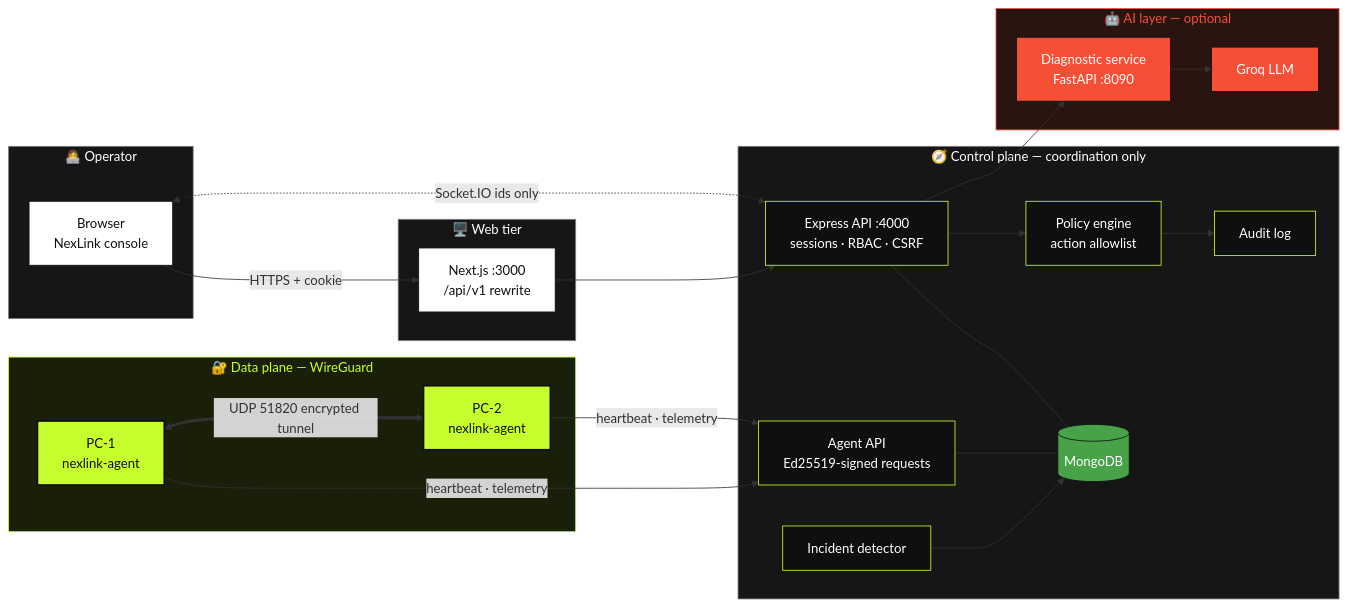
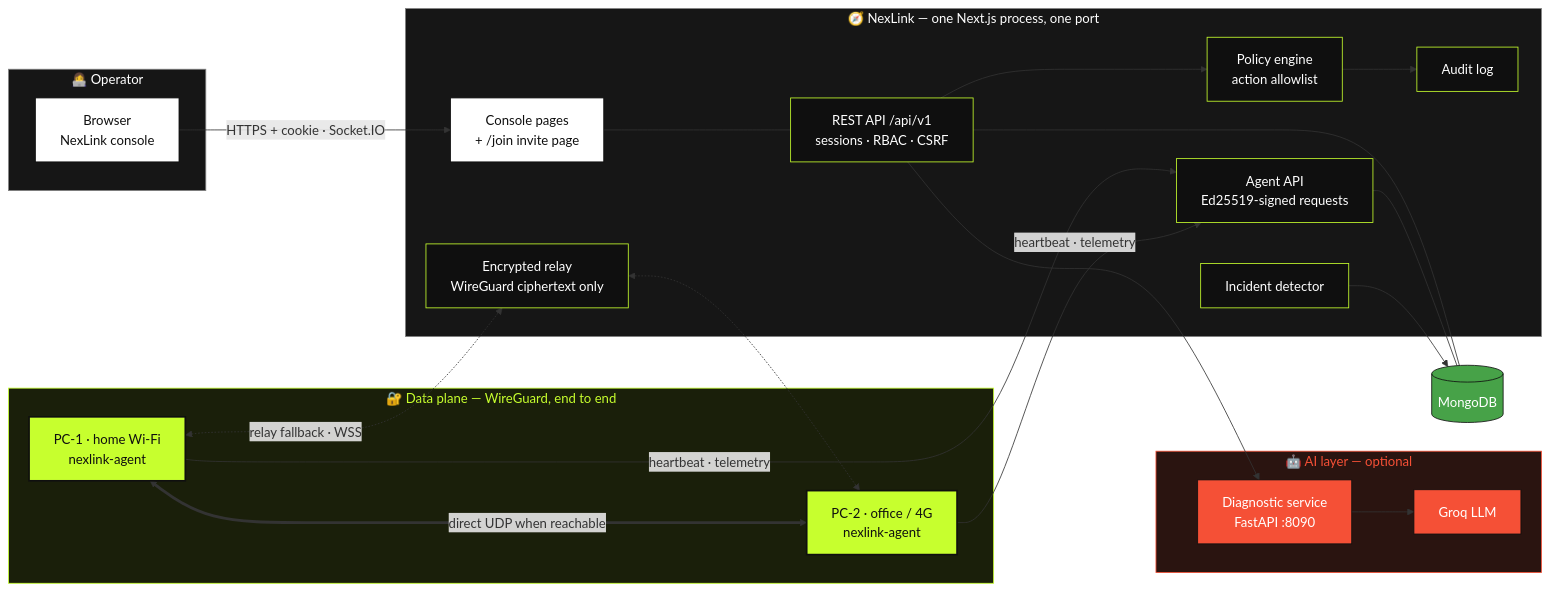
The first of 6 diagrams in README.md (Maitrey-Bharambe/nexlinkk), drawn with Mermaid before and after one commit. The commit also changed other lines of this file and 139 other files, not shown here.

Commit message:
architectural change

````diff
--- a/README.md
+++ b/README.md
@@ -78,57 +85,55 @@
 ```mermaid
 flowchart LR
     subgraph OP["👩‍💻 Operator"]
         B["Browser<br/>NexLink console"]
     end
 
-    subgraph WEB["🖥️ Web tier"]
-        FE["Next.js :3000<br/>/api/v1 rewrite"]
-    end
-
-    subgraph CP["🧭 Control plane — coordination only"]
-        API["Express API :4000<br/>sessions · RBAC · CSRF"]
+    subgraph APP["🧭 NexLink — one Next.js process, one port"]
+        FE["Console pages<br/>+ /join invite page"]
+        API["REST API /api/v1<br/>sessions · RBAC · CSRF"]
         AG["Agent API<br/>Ed25519-signed requests"]
+        RL["Encrypted relay<br/>WireGuard ciphertext only"]
         DET["Incident detector"]
         POL["Policy engine<br/>action allowlist"]
         AUD["Audit log"]
-        DB[("MongoDB")]
     end
+    DB[("MongoDB")]
 
     subgraph AI["🤖 AI layer — optional"]
         DS["Diagnostic service<br/>FastAPI :8090"]
         LLM["Groq LLM"]
     end
 
-    subgraph DP["🔐 Data plane — WireGuard"]
-        A1["PC-1<br/>nexlink-agent"]
-        A2["PC-2<br/>nexlink-agent"]
+    subgraph DP["🔐 Data plane — WireGuard, end to end"]
+        A1["PC-1 · home Wi-Fi<br/>nexlink-agent"]
+        A2["PC-2 · office / 4G<br/>nexlink-agent"]
     end
 
-    B -->|"HTTPS + cookie"| FE --> API
-    B <-.->|"Socket.IO ids only"| API
+    B -->|"HTTPS + cookie · Socket.IO"| FE
+    FE --- API
     API --- DB
     AG --- DB
     API --> POL --> AUD
     DET --> DB
     API --> DS --> LLM
     A1 -->|"heartbeat · telemetry"| AG
     A2 -->|"heartbeat · telemetry"| AG
-    A1 <==>|"UDP 51820 encrypted tunnel"| A2
+    A1 <==>|"direct UDP when reachable"| A2
+    A1 <-.->|"relay fallback · WSS"| RL
+    RL <-.-> A2
 
     classDef lime fill:#C7FF2E,stroke:#0F0F0F,color:#0F0F0F,stroke-width:2px
     classDef ink fill:#0F0F0F,stroke:#C7FF2E,color:#FFFFFF,stroke-width:1px
-    classDef char fill:#2E2E2E,stroke:#808080,color:#FFFFFF
     classDef white fill:#FFFFFF,stroke:#0F0F0F,color:#0F0F0F
     classDef ai fill:#F55036,stroke:#0F0F0F,color:#FFFFFF
     classDef db fill:#47A248,stroke:#0F0F0F,color:#FFFFFF
     class A1,A2 lime
-    class API,AG,DET,POL,AUD ink
+    class API,AG,DET,POL,AUD,RL ink
     class B,FE white
     class DS,LLM ai
     class DB db
     style DP fill:#1A1F0A,stroke:#C7FF2E,color:#C7FF2E
-    style CP fill:#161616,stroke:#808080,color:#FFFFFF
+    style APP fill:#161616,stroke:#808080,color:#FFFFFF
     style AI fill:#2A1410,stroke:#F55036,color:#F55036
-    style WEB fill:#161616,stroke:#808080,color:#FFFFFF
     style OP fill:#161616,stroke:#808080,color:#FFFFFF
 ```
````
